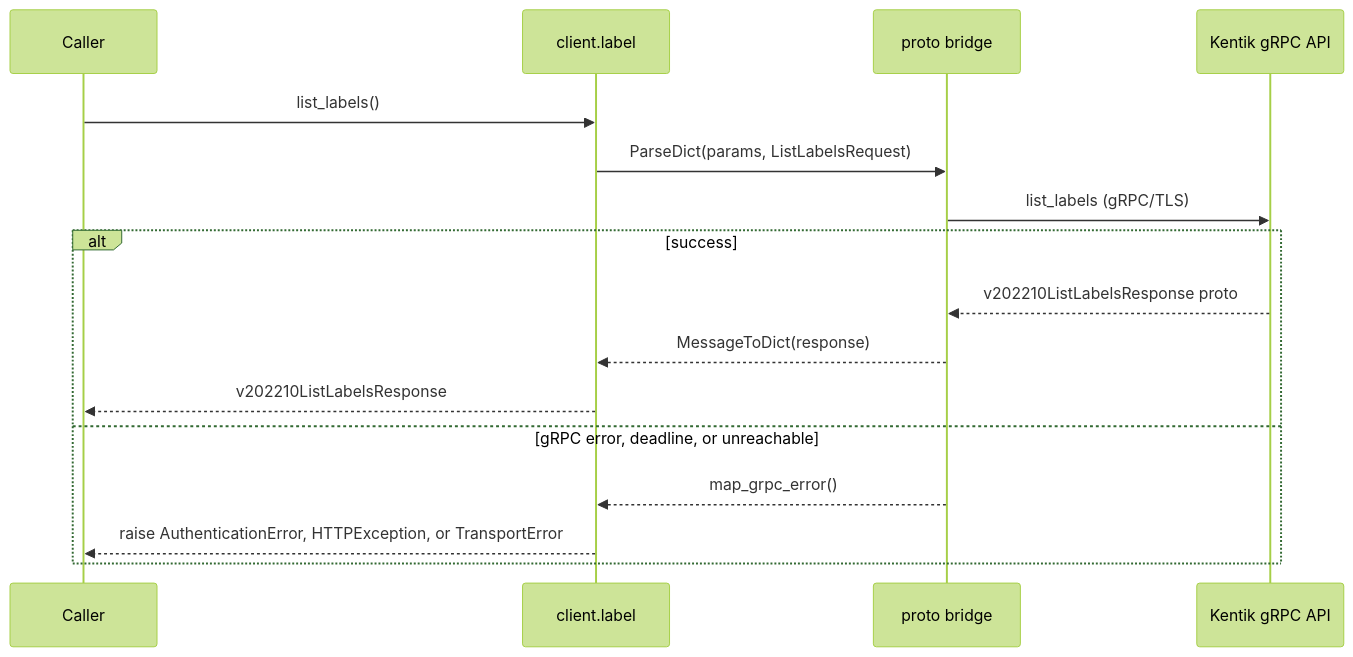
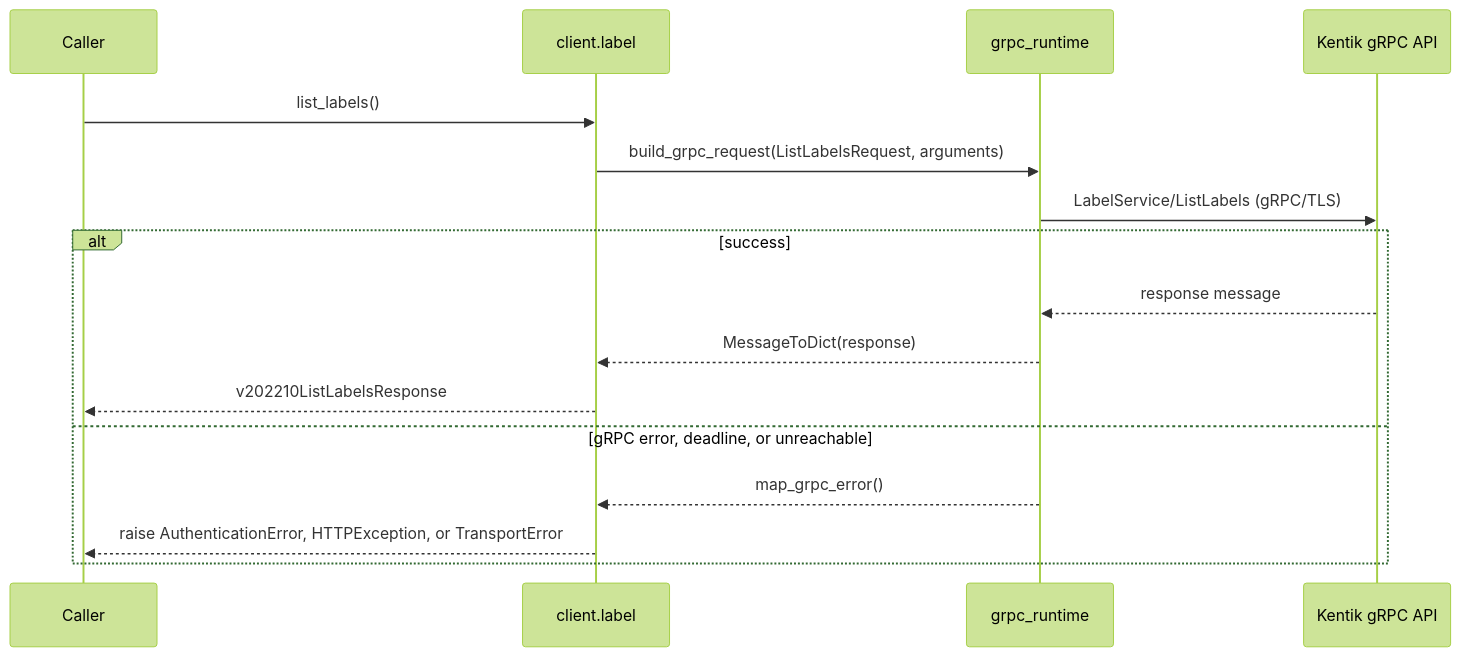
One commit to alexdearaujo/community_sdk_python changed the third of 10 diagrams in docs/sphinx/services/label.md. Above: the diagram before and after it, drawn with Mermaid (forest theme). The commit also changed other lines of this file and 37 other files, not shown here.

First line of the commit message:
docs: show the real RPC in each service page's gRPC diagram

````diff
--- a/docs/sphinx/services/label.md
+++ b/docs/sphinx/services/label.md
@@ -59,19 +59,19 @@
 ```mermaid
 sequenceDiagram
     participant C as Caller
     participant W as client.label
-    participant B as proto bridge
+    participant R as grpc_runtime
     participant API as Kentik gRPC API
 
     C->>W: list_labels()
-    W->>B: ParseDict(params, ListLabelsRequest)
-    B->>API: list_labels (gRPC/TLS)
+    W->>R: build_grpc_request(ListLabelsRequest, arguments)
+    R->>API: LabelService/ListLabels (gRPC/TLS)
     alt success
-        API-->>B: v202210ListLabelsResponse proto
-        B-->>W: MessageToDict(response)
+        API-->>R: response message
+        R-->>W: MessageToDict(response)
         W-->>C: v202210ListLabelsResponse
     else gRPC error, deadline, or unreachable
-        B-->>W: map_grpc_error()
+        R-->>W: map_grpc_error()
         W-->>C: raise AuthenticationError, HTTPException, or TransportError
     end
 ```
````
